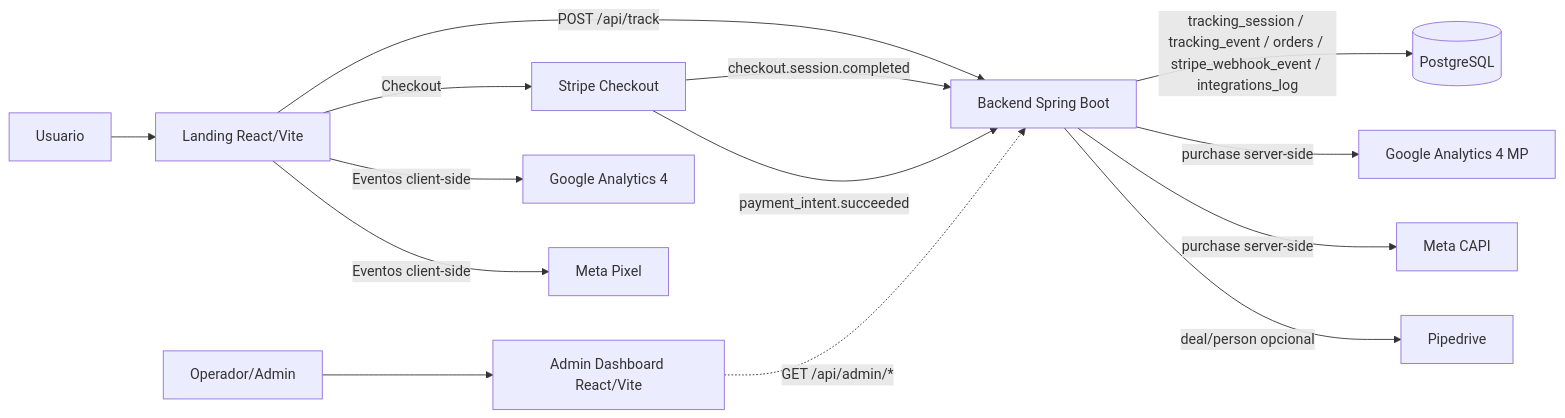
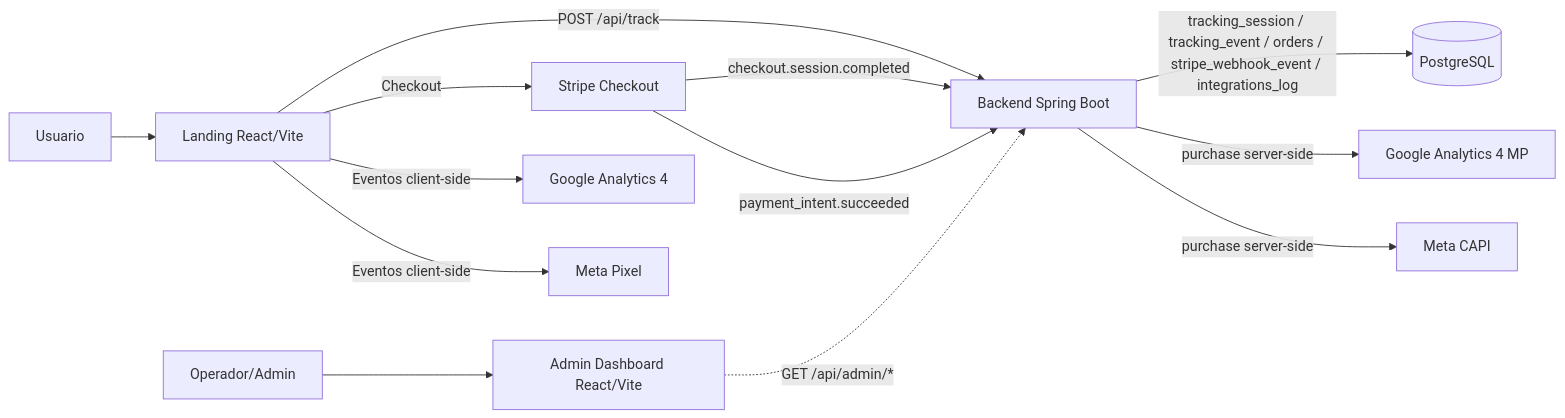
The first of 2 diagrams in infra/arquitectura_end-to-end.md (No-Country-simulation/S02-26-Equipo-15-Web-App-Development), drawn with Mermaid before and after one commit. The commit also changed other lines of this file and 10 other files, not shown here.

````diff
--- a/infra/arquitectura_end-to-end.md
+++ b/infra/arquitectura_end-to-end.md
@@ -16,20 +15,19 @@
 ```mermaid
 flowchart LR
   U[Usuario] --> L[Landing React/Vite]
   A[Operador/Admin] --> AD[Admin Dashboard React/Vite]
   L -->|POST /api/track| API[Backend Spring Boot]
   L -->|Checkout| ST[Stripe Checkout]
   AD -.->|GET /api/admin/*| API
 
   ST -->|checkout.session.completed| API
   ST -->|payment_intent.succeeded| API
 
   API -->|tracking_session / tracking_event / orders / stripe_webhook_event / integrations_log| DB[(PostgreSQL)]
 
   L -->|Eventos client-side| GAC[Google Analytics 4]
   L -->|Eventos client-side| MPC[Meta Pixel]
 
   API -->|purchase server-side| GA4MP[Google Analytics 4 MP]
   API -->|purchase server-side| MCAPI[Meta CAPI]
-  API -->|deal/person opcional| PD[Pipedrive]
 ```
````
